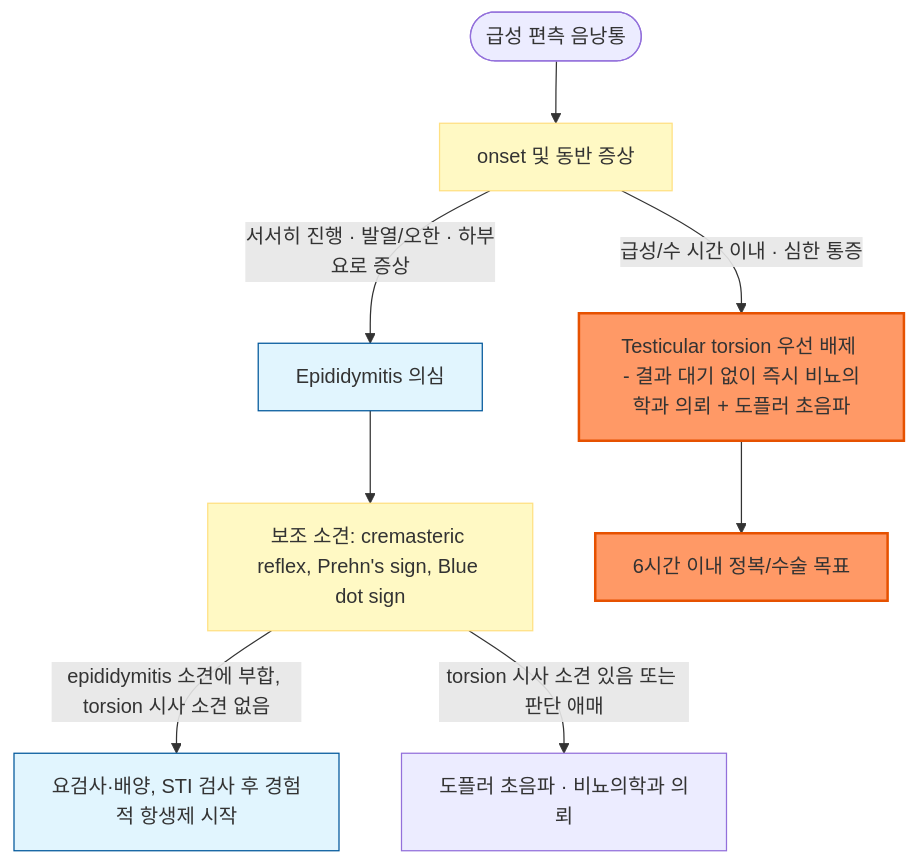
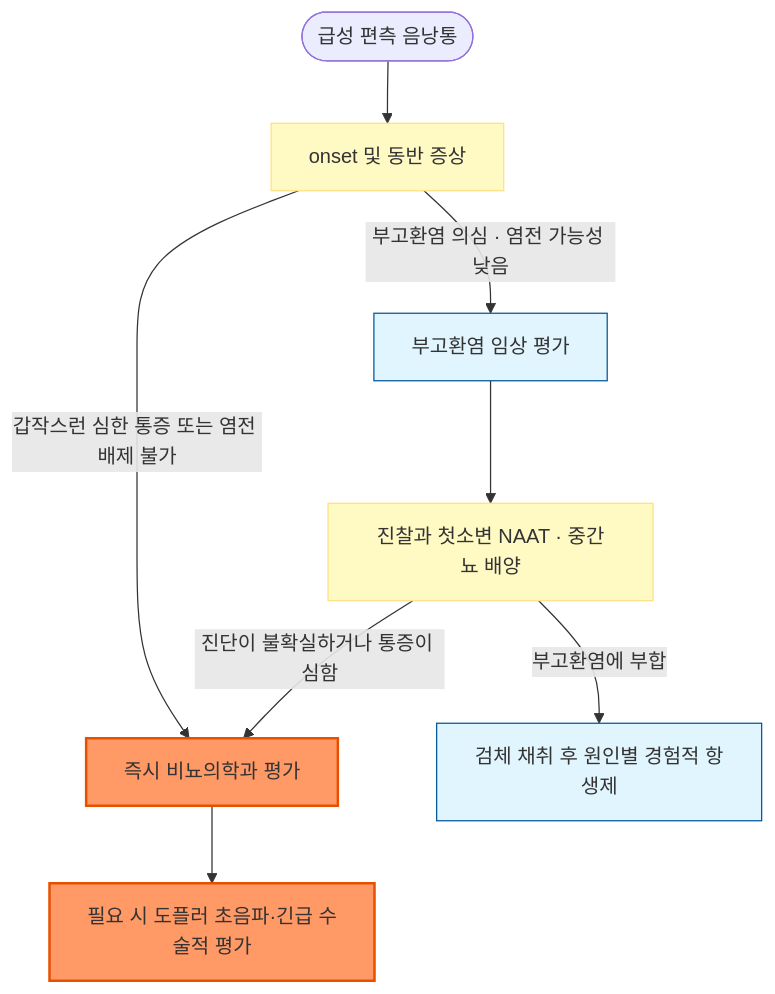
The diagram in 227_/121_-acute-epididymitis.md (familyoh77/familyoh77), drawn with Mermaid before and after one commit. The commit also changed other lines of this file and 2 other files, not shown here.

````diff
--- a/227_/121_-acute-epididymitis.md
+++ b/227_/121_-acute-epididymitis.md
@@ -98,16 +99,16 @@
 ```mermaid
 graph TD
     Start([급성 편측 음낭통]) --> Onset[onset 및 동반 증상]
-    Onset -->|급성/수 시간 이내 · 심한 통증| Torsion[Testicular torsion 우선 배제 - 결과 대기 없이 즉시 비뇨의학과 의뢰 + 도플러 초음파]
-    Onset -->|서서히 진행 · 발열/오한 · 하부요로 증상| Epi[Epididymitis 의심]
-    Epi --> Adjunct[보조 소견: cremasteric reflex, Prehn's sign, Blue dot sign]
-    Adjunct -->|epididymitis 소견에 부합, torsion 시사 소견 없음| Treat[요검사·배양, STI 검사 후 경험적 항생제 시작]
-    Adjunct -->|torsion 시사 소견 있음 또는 판단 애매| Refer[도플러 초음파 · 비뇨의학과 의뢰]
-    Torsion --> Surgery[6시간 이내 정복/수술 목표]
+    Onset -->|갑작스런 심한 통증 또는 염전 배제 불가| Torsion[즉시 비뇨의학과 평가]
+    Onset -->|부고환염 의심 · 염전 가능성 낮음| Epi[부고환염 임상 평가]
+    Epi --> Adjunct[진찰과 첫소변 NAAT · 중간뇨 배양]
+    Adjunct -->|진단이 불확실하거나 통증이 심함| Torsion
+    Adjunct -->|부고환염에 부합| Treat[검체 채취 후 원인별 경험적 항생제]
+    Torsion --> Surgery[필요 시 도플러 초음파·긴급 수술적 평가]
     classDef yellow fill:#fff9c4,stroke:#ffe082
     class Onset,Adjunct yellow
     style Torsion fill:#f96,stroke:#e65100,stroke-width:2px
     style Surgery fill:#f96,stroke:#e65100,stroke-width:2px
     style Epi fill:#e1f5fe,stroke:#01579b
     style Treat fill:#e1f5fe,stroke:#01579b
 ```
````
